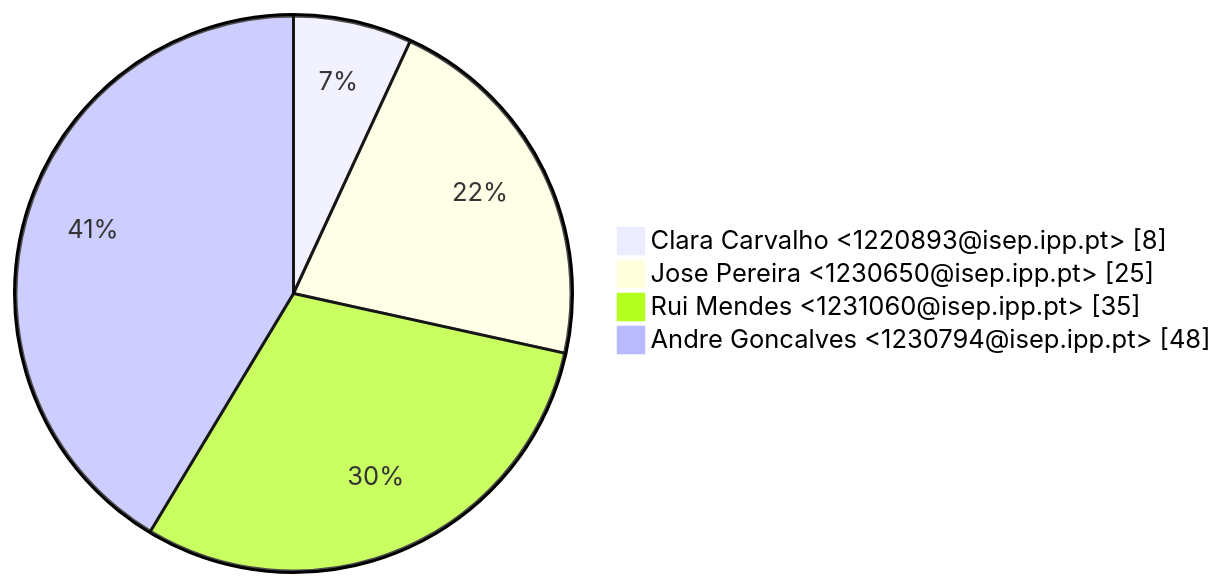
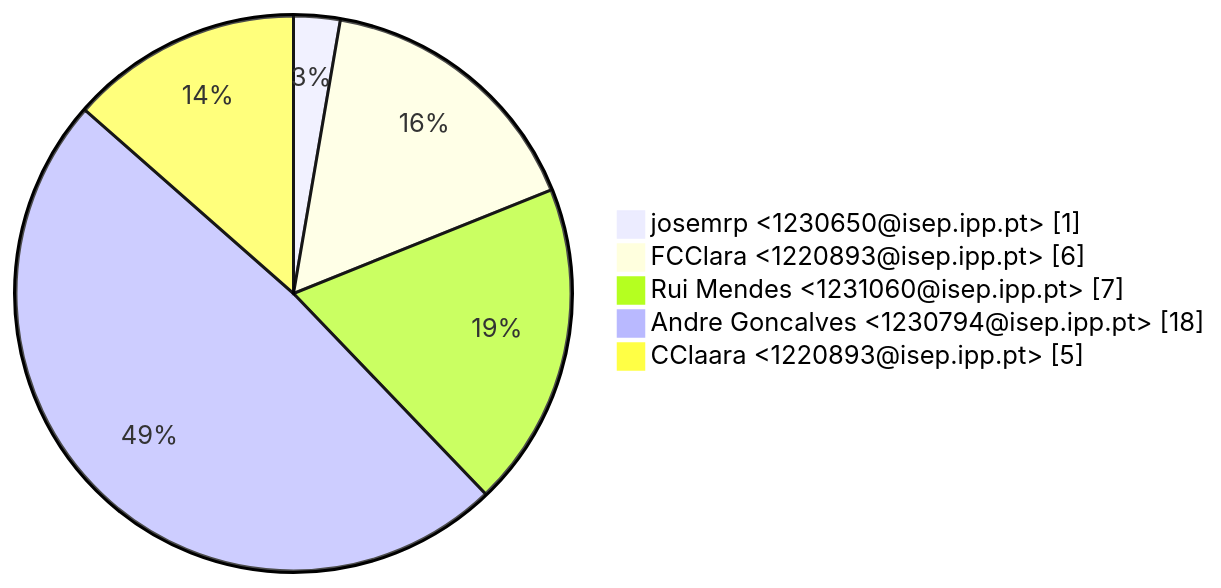
The third of 3 diagrams in GitAnalysis/Sprint_1/Contributions.md (RacoonOverFlow/LSIS1_Grupo4), drawn with Mermaid before and after one commit. The commit also changed other lines of this file and 1 other file, not shown here.

````diff
--- a/GitAnalysis/Sprint_1/Contributions.md
+++ b/GitAnalysis/Sprint_1/Contributions.md
@@ -28,7 +31,8 @@
 ```mermaid
 pie showData
-    " Clara Carvalho <1220893@isep.ipp.pt>" : 8
-    " Jose Pereira <1230650@isep.ipp.pt>" : 25
-    " Rui Mendes <1231060@isep.ipp.pt>" : 35
-    " Andre Goncalves <1230794@isep.ipp.pt>" : 48
+    " josemrp <1230650@isep.ipp.pt>" : 1
+    " FCClara <1220893@isep.ipp.pt>" : 6
+    " Rui Mendes <1231060@isep.ipp.pt>" : 7
+    " Andre Goncalves <1230794@isep.ipp.pt>" : 18
+    " CClaara <1220893@isep.ipp.pt>" : 5
 ```
````
